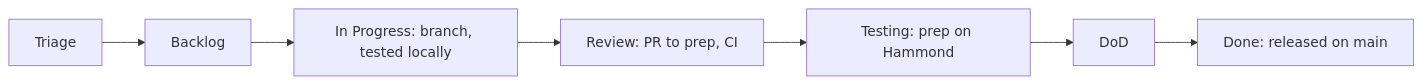
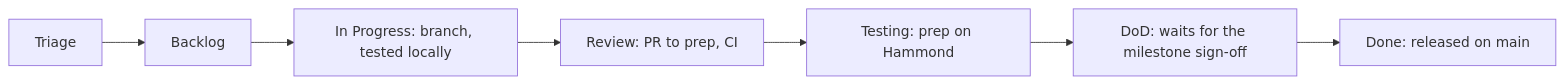
The second of 2 diagrams in docs/QUICKSTART.md (Jago971/dp-cli), drawn with Mermaid before and after one commit. The commit also changed 1 other file, not shown here.

Commit message:
review fixes: label DoD in QUICKSTART, drop wording-pinned tests (#59)

````diff
--- a/docs/QUICKSTART.md
+++ b/docs/QUICKSTART.md
@@ -50,4 +50,4 @@
 ```mermaid
 flowchart LR
-  T[Triage] --> B[Backlog] --> I["In Progress: branch, tested locally"] --> V["Review: PR to prep, CI"] --> S["Testing: prep on Hammond"] --> D[DoD] --> N["Done: released on main"]
+  T[Triage] --> B[Backlog] --> I["In Progress: branch, tested locally"] --> V["Review: PR to prep, CI"] --> S["Testing: prep on Hammond"] --> D["DoD: waits for the milestone sign-off"] --> N["Done: released on main"]
 ```
````
